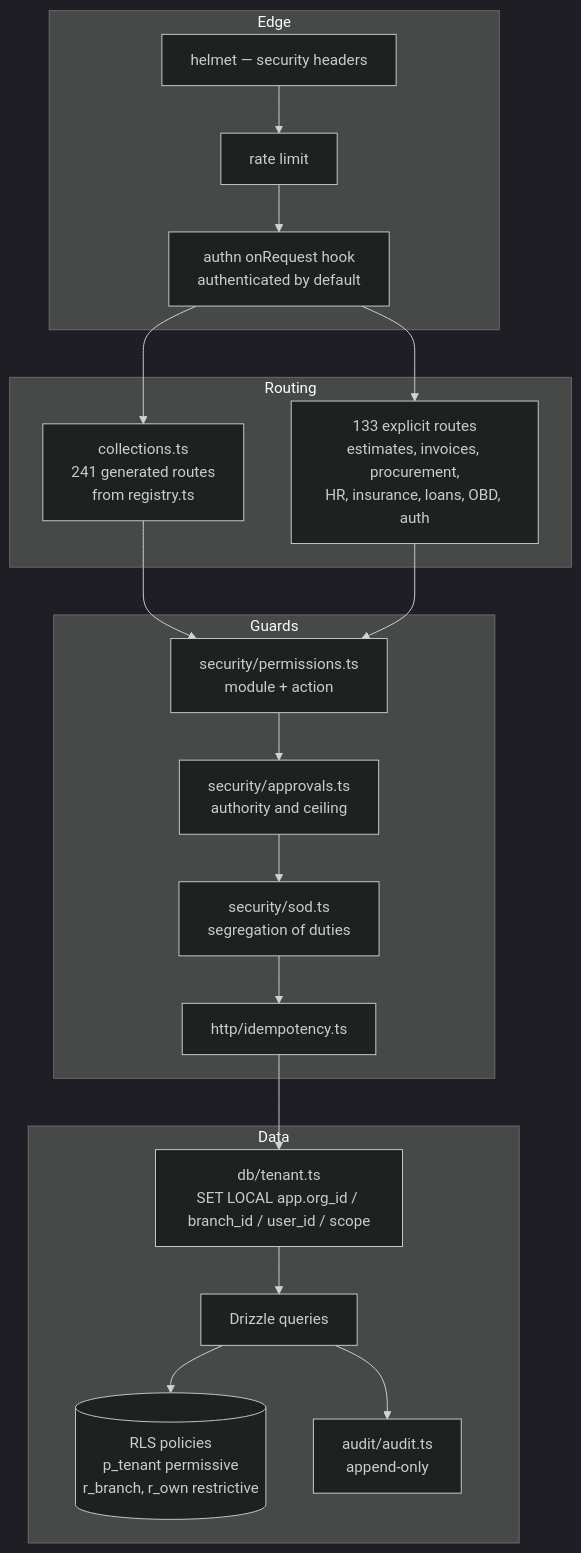
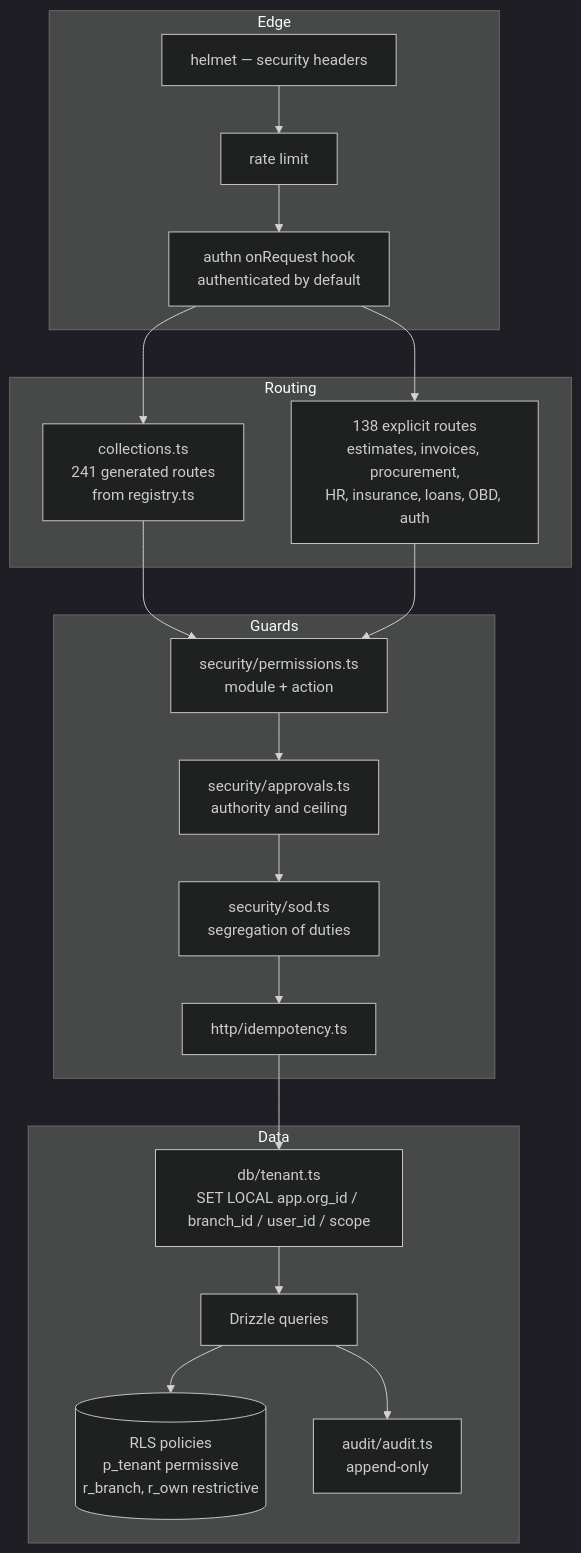
Before and after one commit to tazamohd/SlClNe: the third of 4 diagrams in docs/15_C4_ARCHITECTURE_DIAGRAMS/C4_MODEL.md, drawn with Mermaid (dark theme). The commit also changed other lines of this file and 46 other files, not shown here.

````diff
--- a/docs/15_C4_ARCHITECTURE_DIAGRAMS/C4_MODEL.md
+++ b/docs/15_C4_ARCHITECTURE_DIAGRAMS/C4_MODEL.md
@@ -60,29 +60,29 @@
 ```mermaid
 flowchart TB
   subgraph edge[Edge]
     helmet["helmet — security headers"]
     rl["rate limit"]
     authn["authn onRequest hook<br/>authenticated by default"]
   end
   subgraph routing[Routing]
     generic["collections.ts<br/>241 generated routes<br/>from registry.ts"]
-    explicit["133 explicit routes<br/>estimates, invoices, procurement,<br/>HR, insurance, loans, OBD, auth"]
+    explicit["138 explicit routes<br/>estimates, invoices, procurement,<br/>HR, insurance, loans, OBD, auth"]
   end
   subgraph guards[Guards]
     perms["security/permissions.ts<br/>module + action"]
     approvals["security/approvals.ts<br/>authority and ceiling"]
     sod["security/sod.ts<br/>segregation of duties"]
     idem["http/idempotency.ts"]
   end
   subgraph data[Data]
     tenant["db/tenant.ts<br/>SET LOCAL app.org_id / branch_id / user_id / scope"]
     drizzle["Drizzle queries"]
     rls[("RLS policies<br/>p_tenant permissive<br/>r_branch, r_own restrictive")]
     audit["audit/audit.ts<br/>append-only"]
   end
   helmet --> rl --> authn --> generic
   authn --> explicit
   generic --> perms
   explicit --> perms --> approvals --> sod --> idem --> tenant --> drizzle --> rls
   drizzle --> audit
 ```
````
